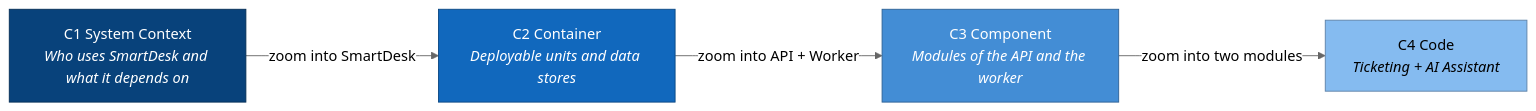
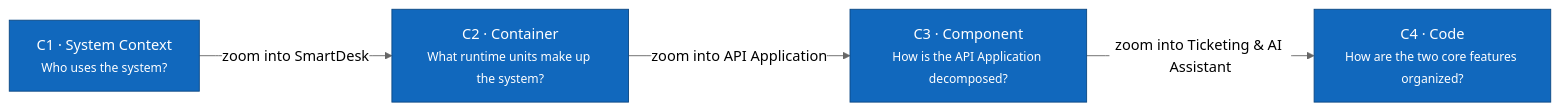
One commit to cuonglpv/SmartDesk changed the diagram in docs/architecture/c4/README.md. Above: the diagram before and after it, drawn with Mermaid (neutral theme). The commit also changed other lines of this file and 9 other files, not shown here.

First line of the commit message:
Present architecture docs in the sample repository's layout

````diff
--- a/docs/architecture/c4/README.md
+++ b/docs/architecture/c4/README.md
@@ -13,15 +7,14 @@
 ```mermaid
 flowchart LR
-    c1["C1 System Context<br/><i>Who uses SmartDesk and what it depends on</i>"]
-    c2["C2 Container<br/><i>Deployable units and data stores</i>"]
-    c3["C3 Component<br/><i>Modules of the API and the worker</i>"]
-    c4["C4 Code<br/><i>Ticketing + AI Assistant</i>"]
-    c1 -- "zoom into SmartDesk" --> c2
-    c2 -- "zoom into API + Worker" --> c3
-    c3 -- "zoom into two modules" --> c4
-
-    style c1 fill:#08427b,color:#fff,stroke:#052e56
-    style c2 fill:#1168bd,color:#fff,stroke:#0b4884
-    style c3 fill:#438dd5,color:#fff,stroke:#2e6295
-    style c4 fill:#85bbf0,color:#000,stroke:#5d82a8
+    C1["C1 · System Context<br/><small>Who uses the system?</small>"]
+    C2["C2 · Container<br/><small>What runtime units make up the system?</small>"]
+    C3["C3 · Component<br/><small>How is the API Application decomposed?</small>"]
+    C4["C4 · Code<br/><small>How are the two core features organized?</small>"]
+    C1 -->|"zoom into SmartDesk"| C2
+    C2 -->|"zoom into API Application"| C3
+    C3 -->|"zoom into Ticketing & AI Assistant"| C4
+    style C1 fill:#1168bd,color:#fff,stroke:#0b4884
+    style C2 fill:#1168bd,color:#fff,stroke:#0b4884
+    style C3 fill:#1168bd,color:#fff,stroke:#0b4884
+    style C4 fill:#1168bd,color:#fff,stroke:#0b4884
 ```
````
